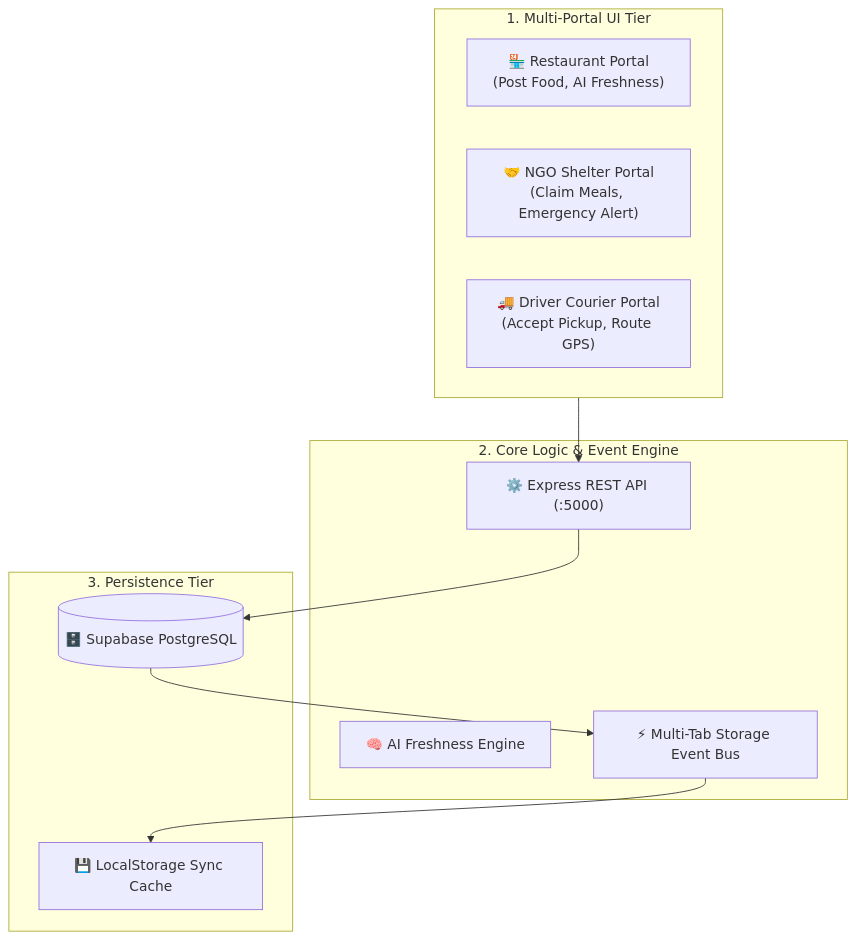
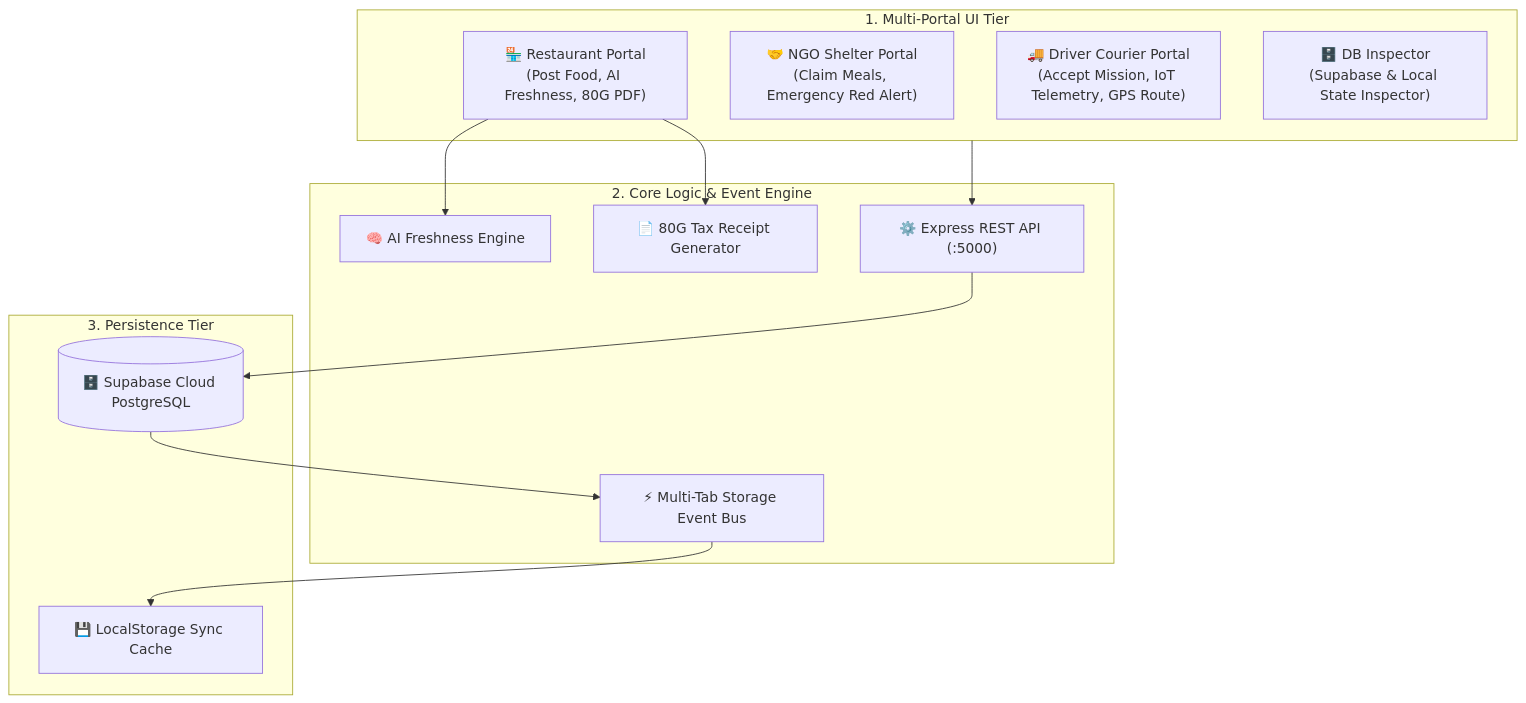
Before and after one commit to sachinjatavat/Shelter: the diagram in README.md, drawn with Mermaid. The commit also changed other lines of this file, not shown here.

````diff
--- a/README.md
+++ b/README.md
@@ -55,24 +165,28 @@
 ```mermaid
 flowchart TD
     subgraph FRONTEND["1. Multi-Portal UI Tier"]
-        R["🏪 Restaurant Portal<br/>(Post Food, AI Freshness)"]
-        N["🤝 NGO Shelter Portal<br/>(Claim Meals, Emergency Alert)"]
-        D["🚚 Driver Courier Portal<br/>(Accept Pickup, Route GPS)"]
+        R["🏪 Restaurant Portal<br/>(Post Food, AI Freshness, 80G PDF)"]
+        N["🤝 NGO Shelter Portal<br/>(Claim Meals, Emergency Red Alert)"]
+        D["🚚 Driver Courier Portal<br/>(Accept Mission, IoT Telemetry, GPS Route)"]
+        DBV["🗄️ DB Inspector<br/>(Supabase & Local State Inspector)"]
     end
 
     subgraph BACKEND["2. Core Logic & Event Engine"]
         AI["🧠 AI Freshness Engine"]
+        PDF["📄 80G Tax Receipt Generator"]
         SYNC["⚡ Multi-Tab Storage Event Bus"]
         API["⚙️ Express REST API (:5000)"]
     end
 
     subgraph DATABASE["3. Persistence Tier"]
-        DB[(🗄️ Supabase PostgreSQL)]
+        DB[(🗄️ Supabase Cloud PostgreSQL)]
         LS["💾 LocalStorage Sync Cache"]
     end
 
     FRONTEND --> API
     API --> DB
     DB --> SYNC
     SYNC --> LS
+    R --> PDF
+    R --> AI
 ```
````
